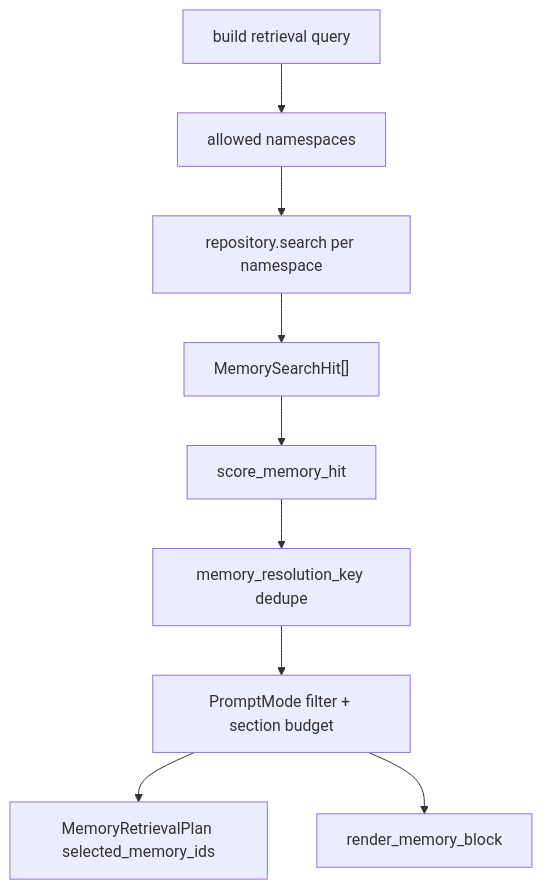
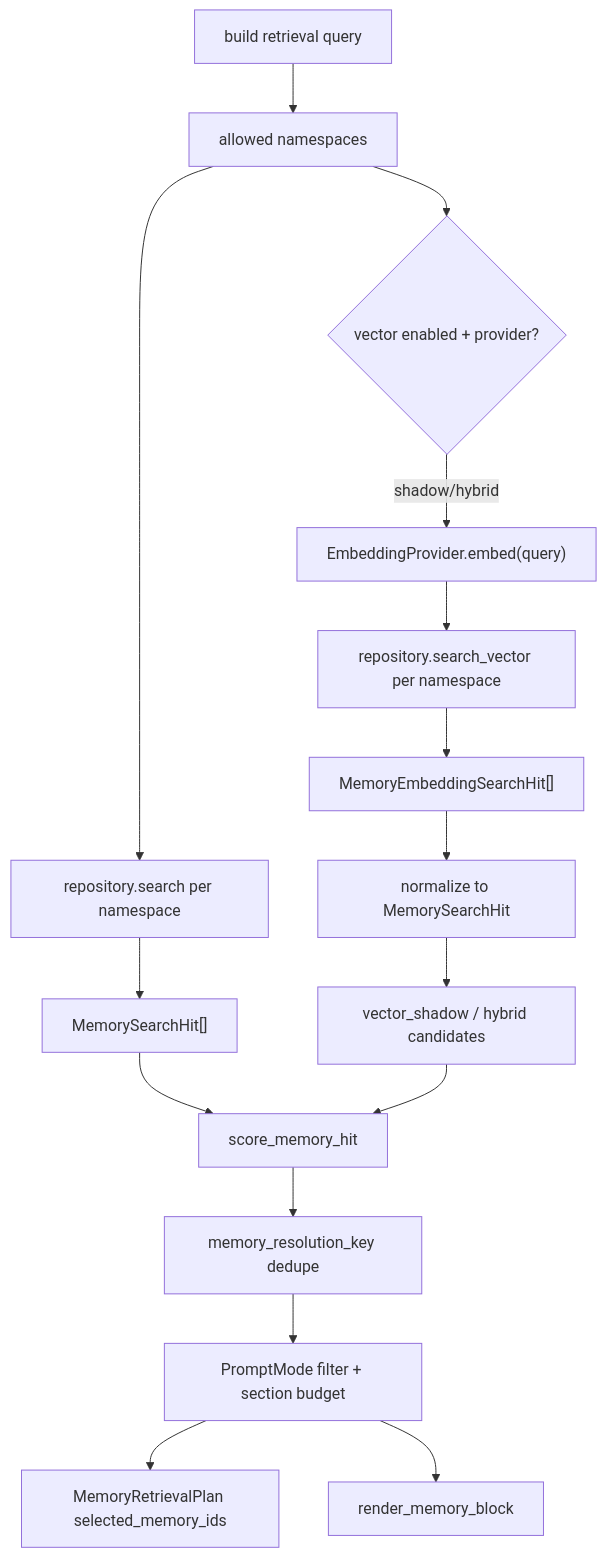
One commit to William-zgx/focus-agent changed the seventh of 12 diagrams in docs/memory-system-v2.md. Above: the diagram before and after it, drawn with Mermaid. The commit also changed other lines of this file and 35 other files, not shown here.

````diff
--- a/docs/memory-system-v2.md
+++ b/docs/memory-system-v2.md
@@ -378,11 +503,18 @@
 ```mermaid
 flowchart TD
     Query["build retrieval query"] --> Namespaces["allowed namespaces"]
     Namespaces --> Search["repository.search per namespace"]
+    Namespaces --> VectorGate{"vector enabled + provider?"}
+    VectorGate -- "shadow/hybrid" --> EmbedQuery["EmbeddingProvider.embed(query)"]
+    EmbedQuery --> VectorSearch["repository.search_vector per namespace"]
     Search --> Hits["MemorySearchHit[]"]
+    VectorSearch --> VectorHits["MemoryEmbeddingSearchHit[]"]
+    VectorHits --> Normalize["normalize to MemorySearchHit"]
+    Normalize --> VectorPlan["vector_shadow / hybrid candidates"]
     Hits --> Rerank["score_memory_hit"]
+    VectorPlan --> Rerank
     Rerank --> Dedupe["memory_resolution_key dedupe"]
     Dedupe --> PromptPolicy["PromptMode filter + section budget"]
     PromptPolicy --> Plan["MemoryRetrievalPlan selected_memory_ids"]
     PromptPolicy --> Render["render_memory_block"]
 ```
````
